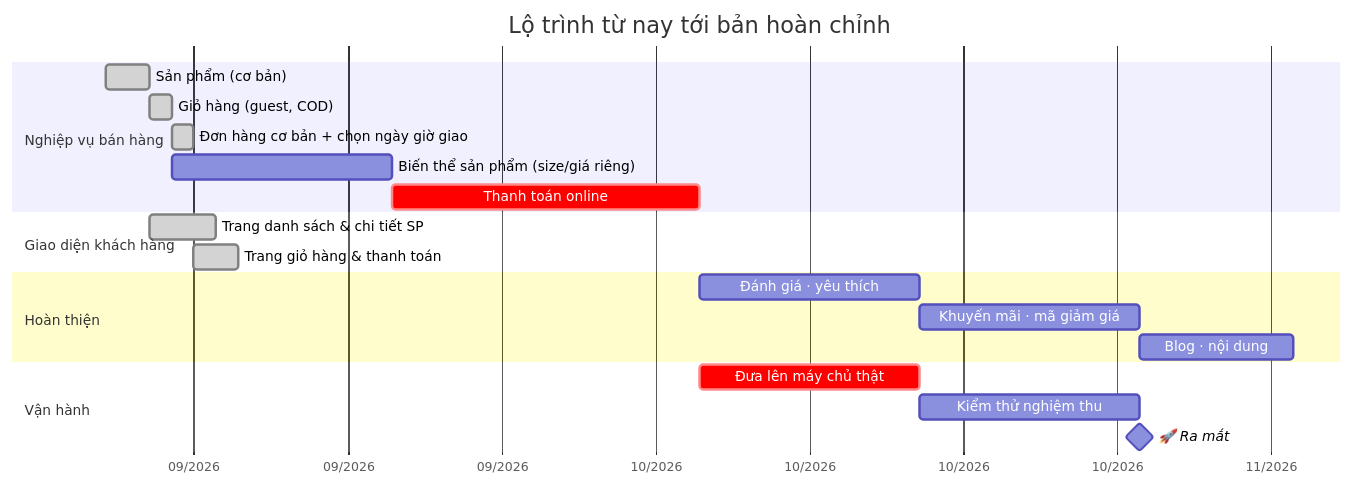
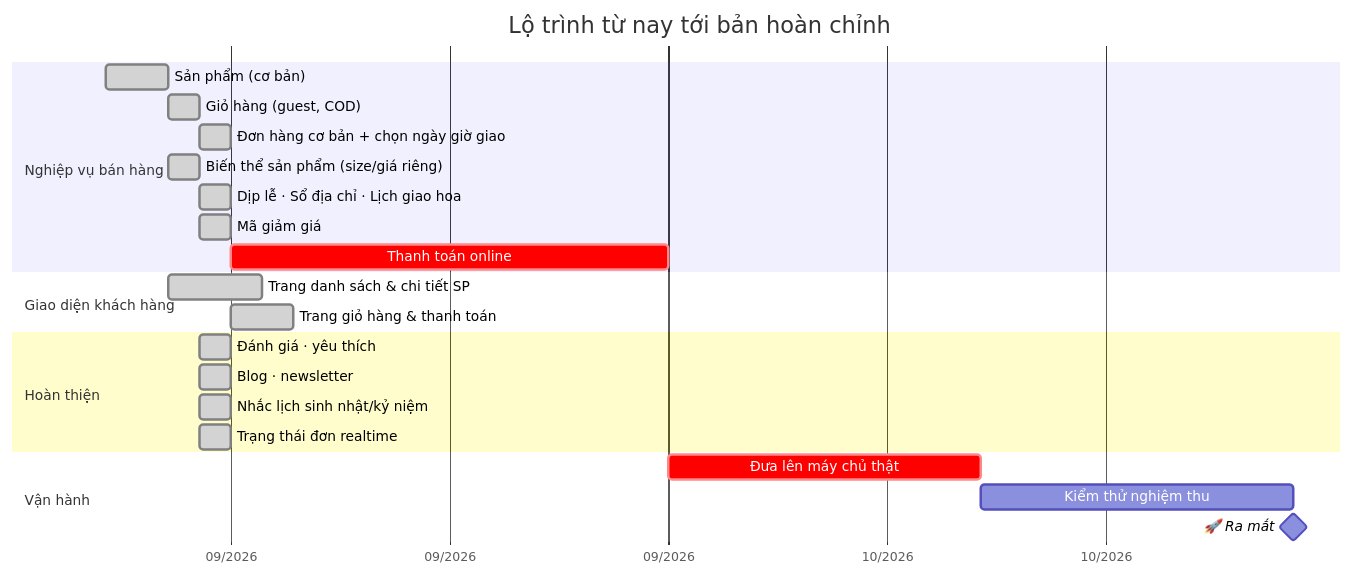
The third of 3 diagrams in docs/gitbook/03-tien-do.md (Hungvu0712/FLOWER), drawn with Mermaid before and after one commit. The commit also changed other lines of this file and 223 other files, not shown here.

First line of the commit message:
Complete Phase 5 domain features: occasions, addresses, wishlist, reviews, coupons, blog/newsletter, special-date reminders, realtime order status, Hero petals animation, and admin-editable site content

````diff
--- a/docs/gitbook/03-tien-do.md
+++ b/docs/gitbook/03-tien-do.md
@@ -126,27 +138,30 @@
 ```mermaid
 gantt
     title Lộ trình từ nay tới bản hoàn chỉnh
     dateFormat YYYY-MM-DD
     axisFormat %m/%Y
 
     section Nghiệp vụ bán hàng
     Sản phẩm (cơ bản)             :done, p1, 2026-09-09, 2d
     Giỏ hàng (guest, COD)         :done, p1b, after p1, 1d
     Đơn hàng cơ bản + chọn ngày giờ giao :done, p2, after p1b, 1d
-    Biến thể sản phẩm (size/giá riêng)   :p1c, 2026-09-12, 10d
-    Thanh toán online              :crit, p4, after p1c, 14d
+    Biến thể sản phẩm (size/giá riêng)   :done, p1c, 2026-09-11, 1d
+    Dịp lễ · Sổ địa chỉ · Lịch giao hoa  :done, p1d, 2026-09-12, 1d
+    Mã giảm giá                    :done, p1e, 2026-09-12, 1d
+    Thanh toán online              :crit, p4, after p1e, 14d
 
     section Giao diện khách hàng
     Trang danh sách & chi tiết SP  :done, p5, after p1, 3d
     Trang giỏ hàng & thanh toán    :done, p6, after p2, 2d
 
     section Hoàn thiện
-    Đánh giá · yêu thích         :p7, after p4, 10d
-    Khuyến mãi · mã giảm giá     :p8, after p7, 10d
-    Blog · nội dung              :p9, after p8, 7d
+    Đánh giá · yêu thích         :done, p7, 2026-09-12, 1d
+    Blog · newsletter            :done, p9, 2026-09-12, 1d
+    Nhắc lịch sinh nhật/kỷ niệm  :done, p9b, 2026-09-12, 1d
+    Trạng thái đơn realtime      :done, p9c, 2026-09-12, 1d
 
     section Vận hành
     Đưa lên máy chủ thật         :crit, p10, after p4, 10d
     Kiểm thử nghiệm thu          :p11, after p10, 10d
     🚀 Ra mắt                     :milestone, after p11, 0d
 ```
````
